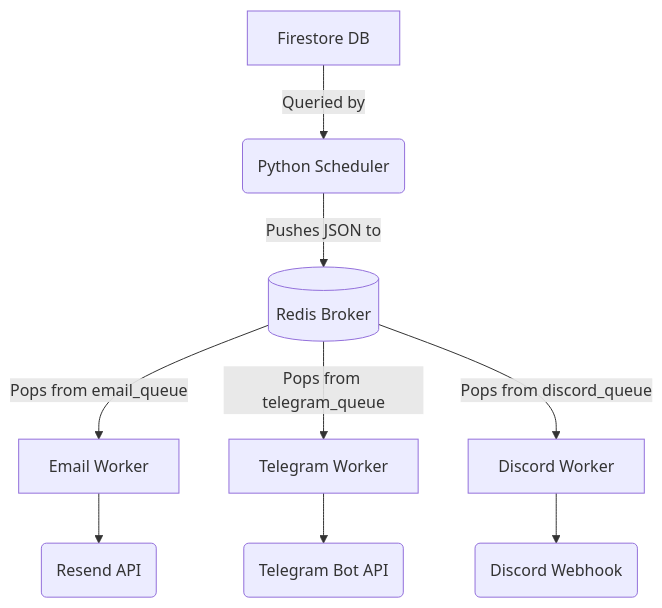
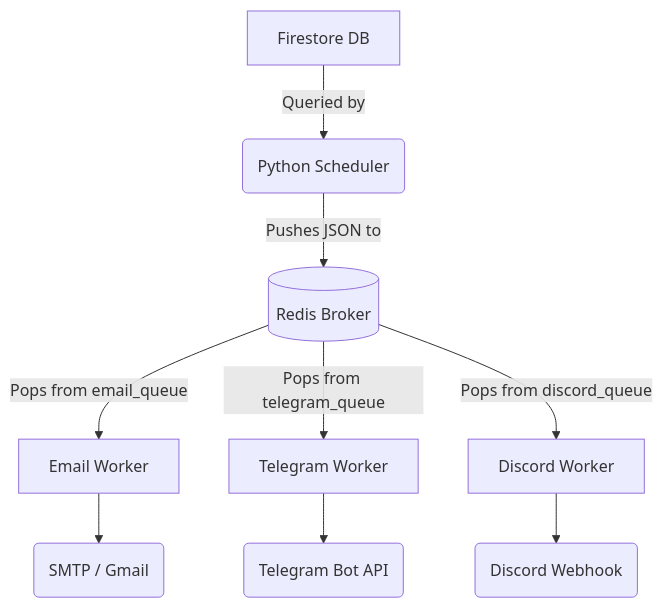
The diagram in DATABASE_SCHEMA.md (sivab193/event-reminder), drawn with Mermaid before and after one commit. The commit also changed 15 other files, not shown here.

````diff
--- a/DATABASE_SCHEMA.md
+++ b/DATABASE_SCHEMA.md
@@ -67,11 +67,11 @@
 ```mermaid
 graph TD
     A[Firestore DB] -->|Queried by| B(Python Scheduler)
     B -->|Pushes JSON to| C[(Redis Broker)]
     C -->|Pops from email_queue| D[Email Worker]
     C -->|Pops from telegram_queue| E[Telegram Worker]
     C -->|Pops from discord_queue| F[Discord Worker]
-    D --> G(Resend API)
+    D --> G(SMTP / Gmail)
     E --> H(Telegram Bot API)
     F --> I(Discord Webhook)
 ```
````
